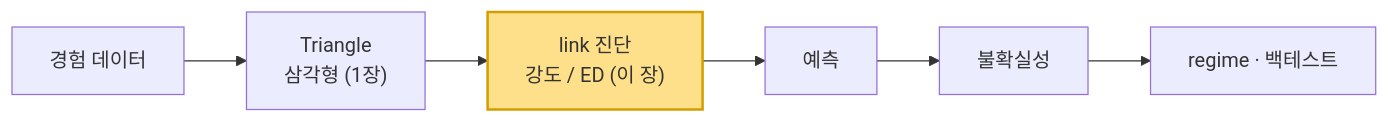
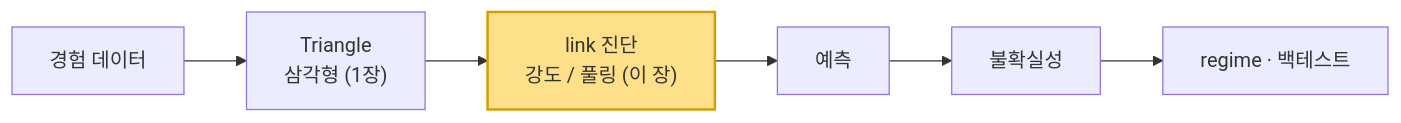
Before and after one commit to seokhoonj/lossratio: the diagram in docs/tutorial/03-intensity.md, drawn with Mermaid. The commit also changed other lines of this file and 62 other files, not shown here.

````diff
--- a/docs/tutorial/03-intensity.md
+++ b/docs/tutorial/03-intensity.md
@@ -7,9 +7,9 @@
 ```{mermaid}
 flowchart LR
   A["경험 데이터"] --> B["Triangle<br/>삼각형 (1장)"]
-  B --> C["link 진단<br/>강도 / ED (이 장)"]
+  B --> C["link 진단<br/>강도 / 풀링 (이 장)"]
   C --> D["예측"]
   D --> E["불확실성"]
   E --> F["regime · 백테스트"]
   style C fill:#ffe08a,stroke:#d39e00,stroke-width:2px
 ```
````
